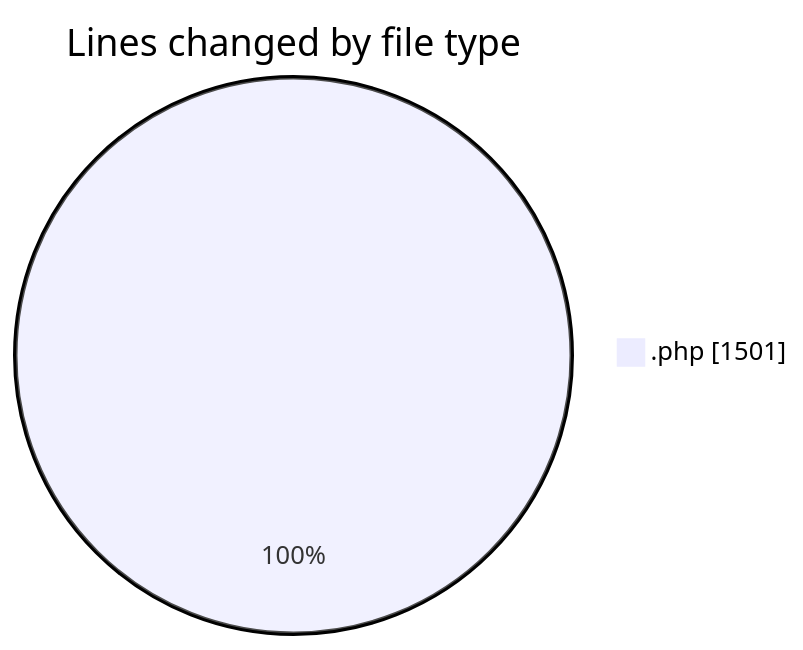
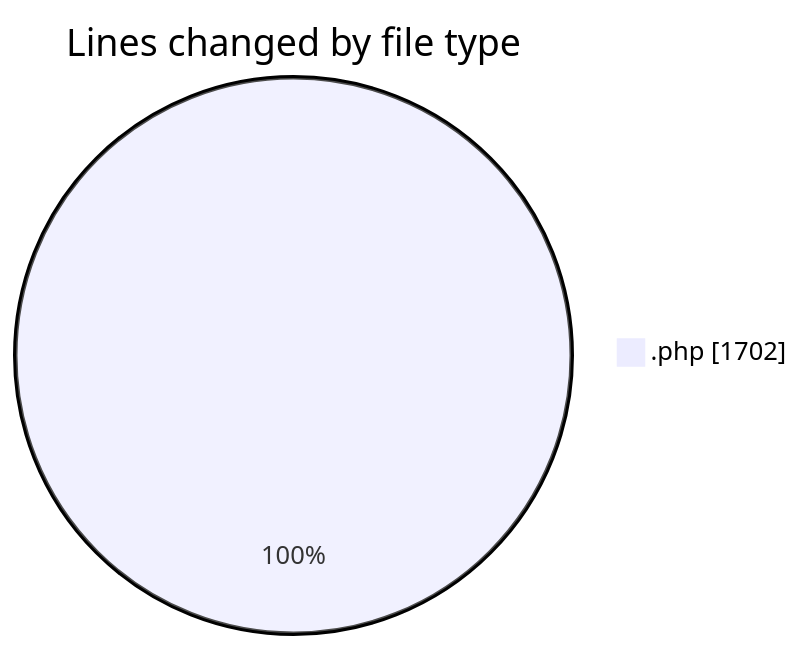
The first of 2 diagrams in 2025-09-06/shop/README.md (vahidmafi/code-tracking), drawn with Mermaid before and after one commit. The commit also changed other lines of this file and 1 other file, not shown here.

````diff
--- a/2025-09-06/shop/README.md
+++ b/2025-09-06/shop/README.md
@@ -22,5 +23,5 @@
 ```mermaid
 pie showData
 title Lines changed by file type
-".php" : 1501
+".php" : 1702
 ```
````
